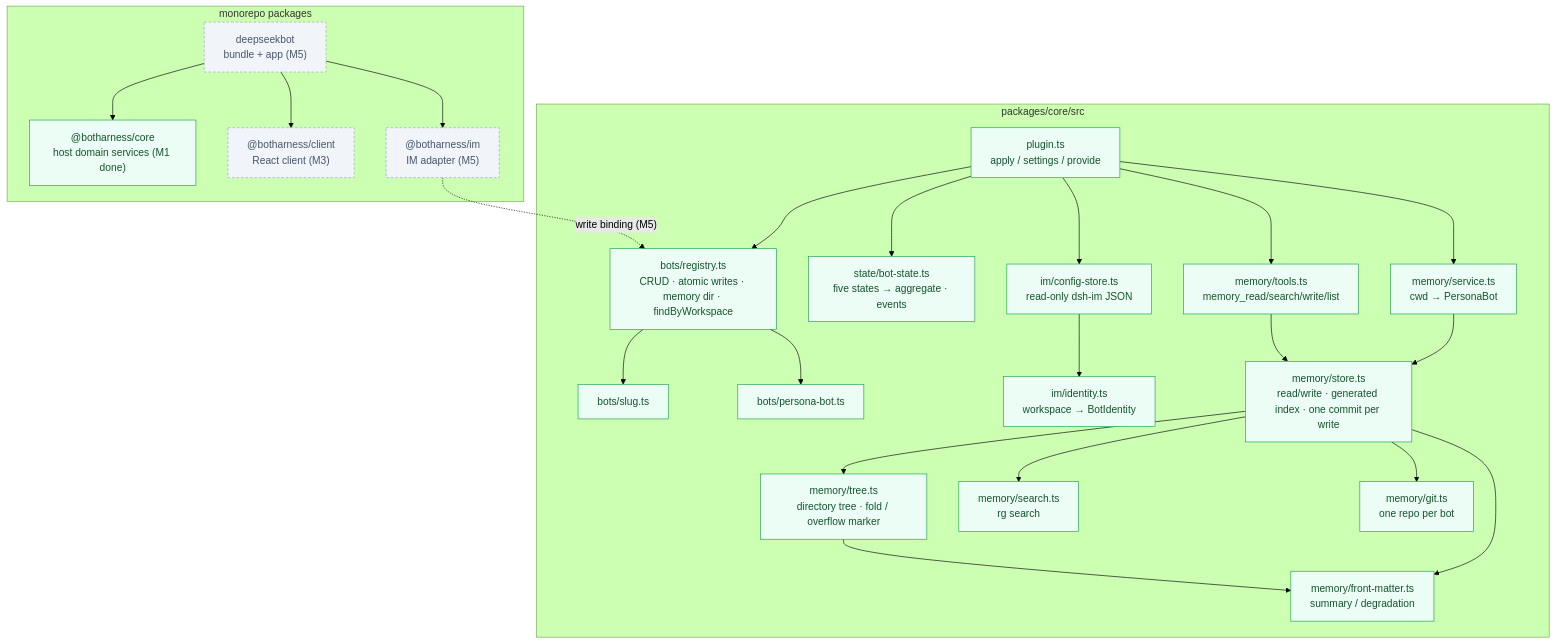
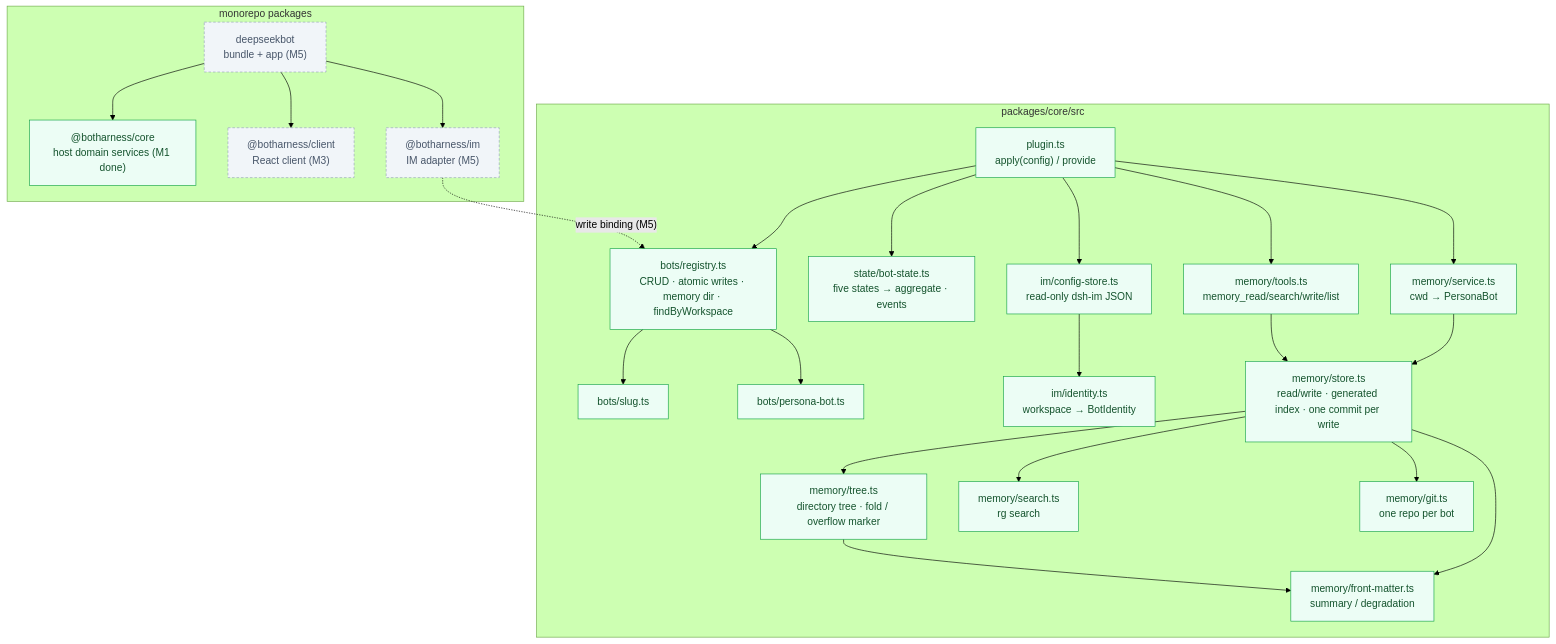
Before and after one commit to BotHarness/BotHarness: the second of 6 diagrams in docs/architecture/botharness-architecture.en.md, drawn with Mermaid (forest theme). The commit also changed other lines of this file and 39 other files, not shown here.

First line of the commit message:
feat(core)!: DSH conformance — apply(ctx, config), manifest fields; client bridge spec

````diff
--- a/docs/architecture/botharness-architecture.en.md
+++ b/docs/architecture/botharness-architecture.en.md
@@ -44,52 +47,52 @@
 ```mermaid
 flowchart TB
   subgraph pkgs["monorepo packages"]
     Bundle["deepseekbot<br/>bundle + app (M5)"]
     CorePkg["@botharness/core<br/>host domain services (M1 done)"]
     ClientPkg["@botharness/client<br/>React client (M3)"]
     ImPkg["@botharness/im<br/>IM adapter (M5)"]
   end
 
   Bundle --> CorePkg
   Bundle --> ClientPkg
   Bundle --> ImPkg
 
   subgraph core["packages/core/src"]
-    Plugin["plugin.ts<br/>apply / settings / provide"]
+    Plugin["plugin.ts<br/>apply(config) / provide"]
     Registry["bots/registry.ts<br/>CRUD · atomic writes · memory dir · findByWorkspace"]
     Slug["bots/slug.ts"]
     Record["bots/persona-bot.ts"]
     State["state/bot-state.ts<br/>five states → aggregate · events"]
     Store["im/config-store.ts<br/>read-only dsh-im JSON"]
     Identity["im/identity.ts<br/>workspace → BotIdentity"]
     MemoryService["memory/service.ts<br/>cwd → PersonaBot"]
     MemoryTools["memory/tools.ts<br/>memory_read/search/write/list"]
     MemoryStore["memory/store.ts<br/>read/write · generated index · one commit per write"]
     MemoryTree["memory/tree.ts<br/>directory tree · fold / overflow marker"]
     MemorySearch["memory/search.ts<br/>rg search"]
     MemoryGit["memory/git.ts<br/>one repo per bot"]
     FrontMatter["memory/front-matter.ts<br/>summary / degradation"]
   end
 
   Plugin --> Registry
   Plugin --> State
   Plugin --> Store
   Plugin --> MemoryService
   Plugin --> MemoryTools
   Registry --> Slug
   Registry --> Record
   Store --> Identity
   MemoryService --> MemoryStore
   MemoryTools --> MemoryStore
   MemoryStore --> MemoryTree
   MemoryStore --> MemorySearch
   MemoryStore --> MemoryGit
   MemoryStore --> FrontMatter
   MemoryTree --> FrontMatter
   ImPkg -.->|"write binding (M5)"| Registry
 
   classDef ours fill:#ecfdf5,stroke:#16a34a,color:#14532d;
   classDef later fill:#f1f5f9,stroke:#94a3b8,color:#475569,stroke-dasharray:4 3;
   class CorePkg,Plugin,Registry,Slug,Record,State,Store,Identity,MemoryService,MemoryTools,MemoryStore,MemoryTree,MemorySearch,MemoryGit,FrontMatter ours;
   class Bundle,ClientPkg,ImPkg later;
 ```
````
